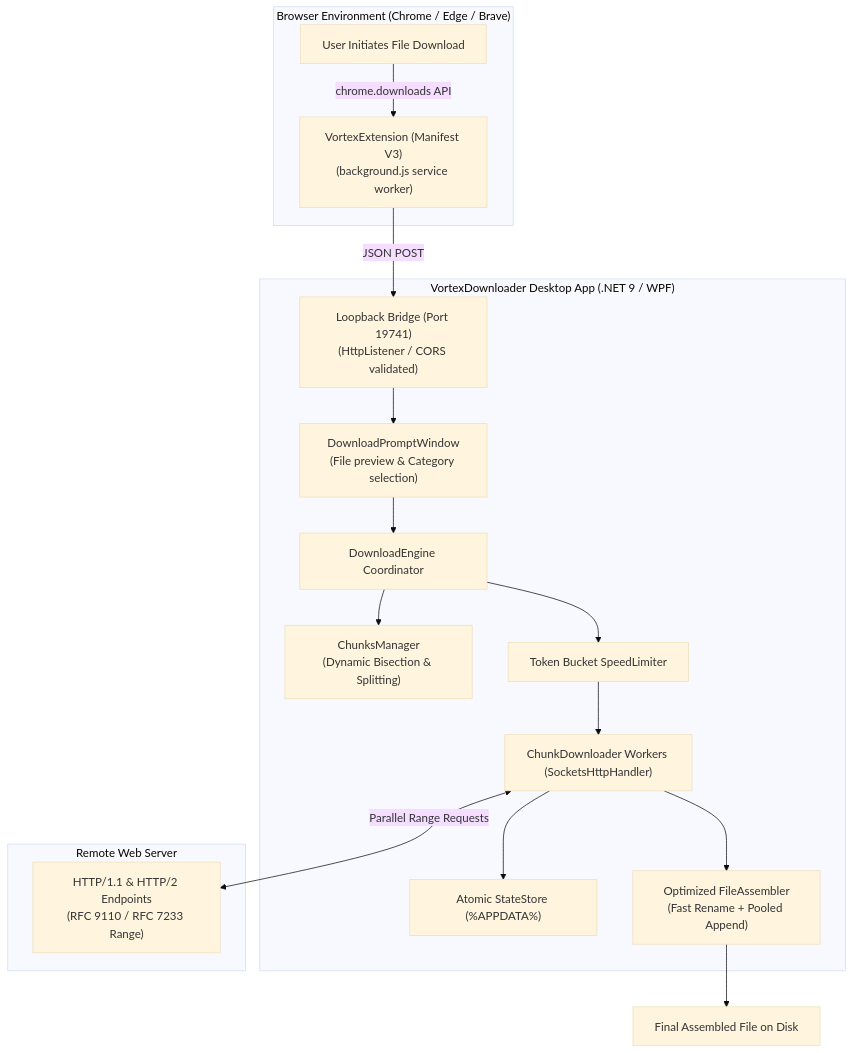
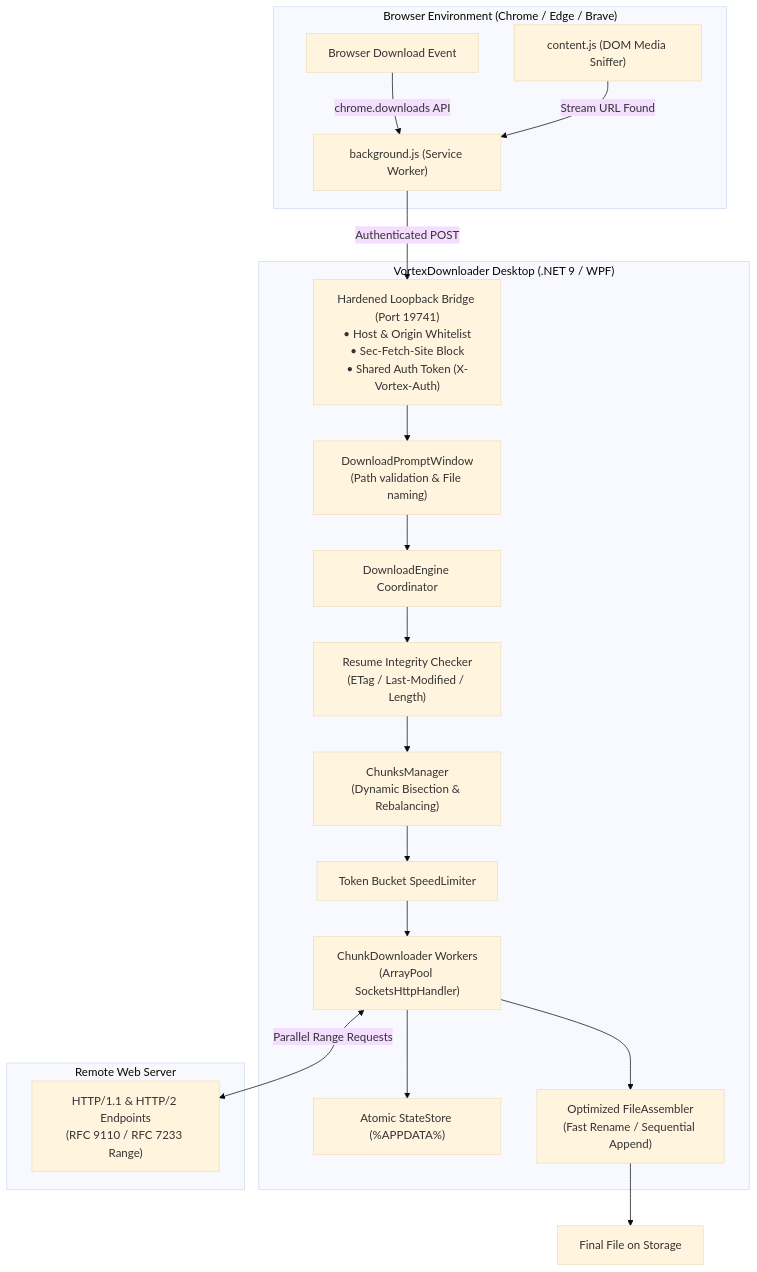
Before and after one commit to Armone0/VortexDownloader: the diagram in README.md, drawn with Mermaid (base theme). The commit also changed other lines of this file and 9 other files, not shown here.

Commit message:
fix(security): harden loopback bridge, add resume integrity validation, and align README

````diff
--- a/README.md
+++ b/README.md
@@ -60,34 +61,38 @@
 ```mermaid
 flowchart TD
     subgraph Browser["Browser Environment (Chrome / Edge / Brave)"]
-        EXT["VortexExtension (Manifest V3)\n(background.js service worker)"]
-        DL["User Initiates File Download"]
+        CS["content.js (DOM Media Sniffer)"]
+        EXT["background.js (Service Worker)"]
+        DL["Browser Download Event"]
         DL -->|chrome.downloads API| EXT
+        CS -->|Stream URL Found| EXT
     end
 
-    subgraph DesktopApp["VortexDownloader Desktop App (.NET 9 / WPF)"]
-        BRIDGE["Loopback Bridge (Port 19741)\n(HttpListener / CORS validated)"]
-        PROMPT["DownloadPromptWindow\n(File preview & Category selection)"]
+    subgraph DesktopApp["VortexDownloader Desktop (.NET 9 / WPF)"]
+        BRIDGE["Hardened Loopback Bridge (Port 19741)\n• Host & Origin Whitelist\n• Sec-Fetch-Site Block\n• Shared Auth Token (X-Vortex-Auth)"]
+        PROMPT["DownloadPromptWindow\n(Path validation & File naming)"]
         ENGINE["DownloadEngine Coordinator"]
-        CHUNKS["ChunksManager\n(Dynamic Bisection & Splitting)"]
+        INTEG["Resume Integrity Checker\n(ETag / Last-Modified / Length)"]
+        CHUNKS["ChunksManager\n(Dynamic Bisection & Rebalancing)"]
         LIMITER["Token Bucket SpeedLimiter"]
-        SOCKETS["ChunkDownloader Workers (SocketsHttpHandler)"]
+        SOCKETS["ChunkDownloader Workers\n(ArrayPool<byte> SocketsHttpHandler)"]
         STATE["Atomic StateStore (%APPDATA%)"]
-        ASSEMBLER["Optimized FileAssembler\n(Fast Rename + Pooled Append)"]
+        ASSEMBLER["Optimized FileAssembler\n(Fast Rename / Sequential Append)"]
     end
 
     subgraph Remote["Remote Web Server"]
         HTTP["HTTP/1.1 & HTTP/2 Endpoints\n(RFC 9110 / RFC 7233 Range)"]
     end
 
-    EXT -->|JSON POST| BRIDGE
+    EXT -->|Authenticated POST| BRIDGE
     BRIDGE --> PROMPT
     PROMPT --> ENGINE
-    ENGINE --> CHUNKS
-    ENGINE --> LIMITER
+    ENGINE --> INTEG
+    INTEG --> CHUNKS
+    CHUNKS --> LIMITER
     LIMITER --> SOCKETS
     SOCKETS <-->|Parallel Range Requests| HTTP
     SOCKETS --> STATE
     SOCKETS --> ASSEMBLER
-    ASSEMBLER --> TARGET["Final Assembled File on Disk"]
+    ASSEMBLER --> TARGET["Final File on Storage"]
 ```
````
